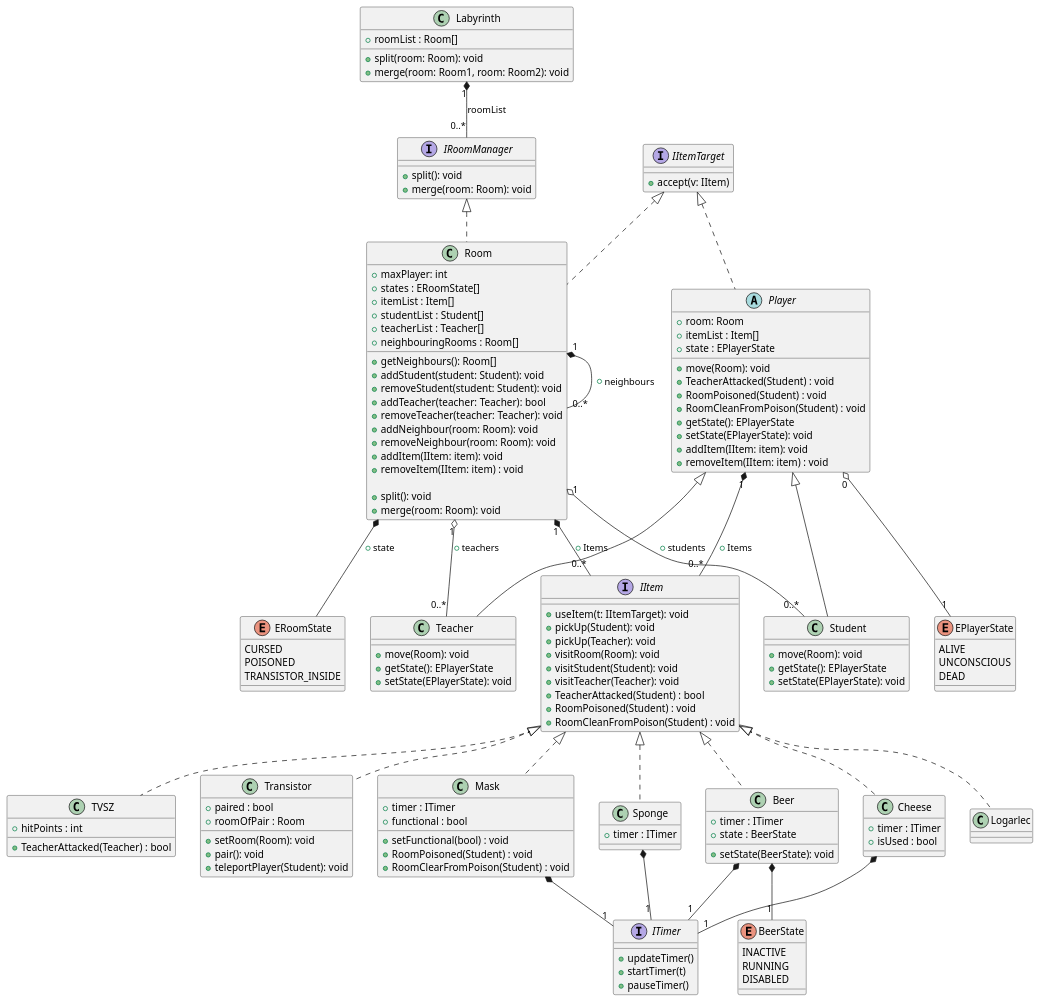
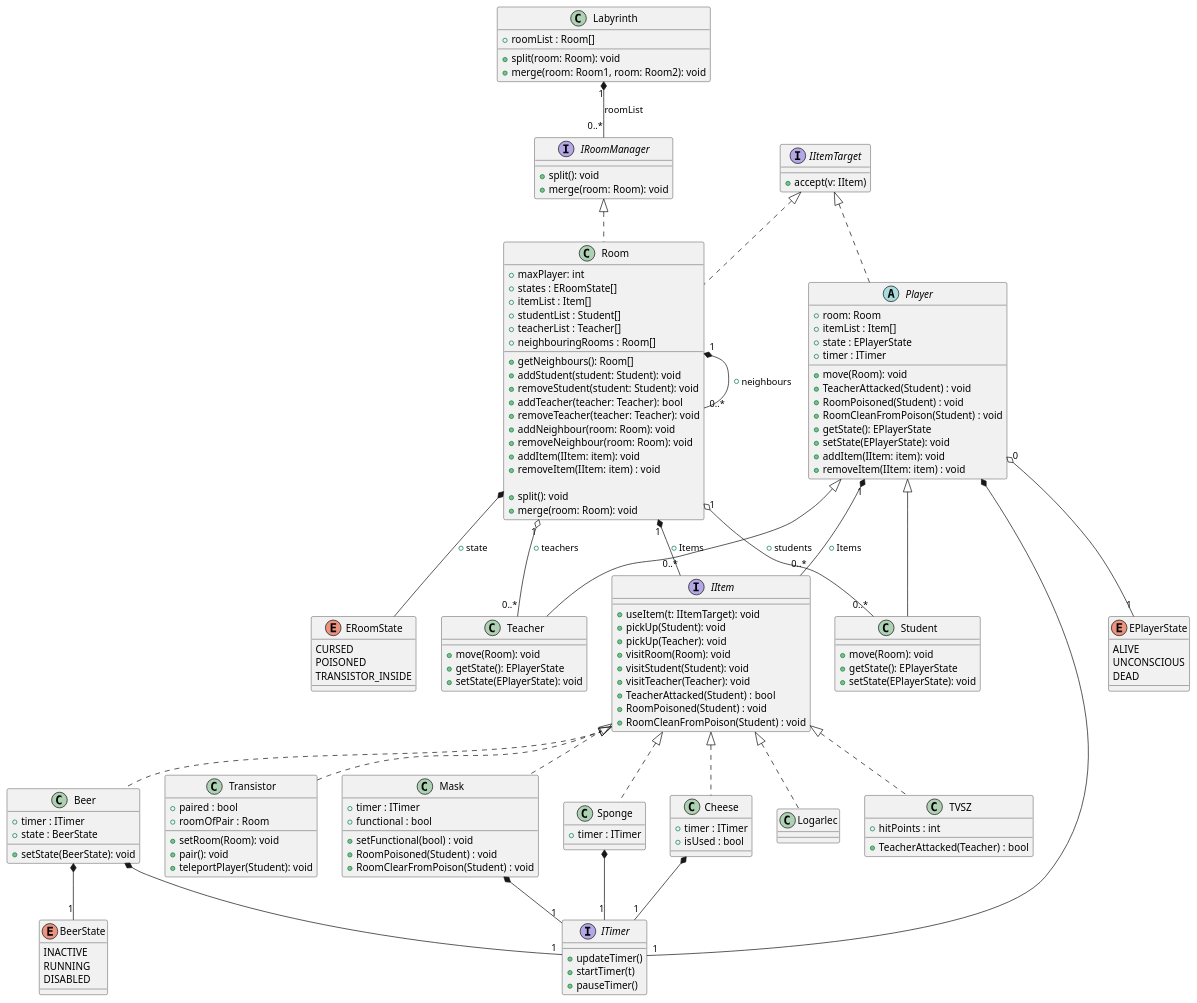
Before and after one commit to MBakter/echo: the diagram in Class_UML.plantuml, drawn with PlantUML. The commit also changed 3 other files, not shown here.

```diff
--- a/Class_UML.plantuml
+++ b/Class_UML.plantuml
@@ -1,176 +1,178 @@
 @startuml UML
 
 class Labyrinth {
     +roomList : Room[]
 
     +split(room: Room): void
     +merge(room: Room1, room: Room2): void
 }
 
 Labyrinth "1" *-- "0..*" IRoomManager: roomList
 
 interface IRoomManager {
     + split(): void
     + merge(room: Room): void
 }
 
 /' Removed implementing IItemHolder '/
 class Room implements IItemTarget, IRoomManager {
     + maxPlayer: int
     + states : ERoomState[]
     + itemList : Item[]
     + studentList : Student[]
     + teacherList : Teacher[]
     + neighbouringRooms : Room[]
 
     + getNeighbours(): Room[]
     + addStudent(student: Student): void
     + removeStudent(student: Student): void
     + addTeacher(teacher: Teacher): bool
     + removeTeacher(teacher: Teacher): void
     + addNeighbour(room: Room): void
     + removeNeighbour(room: Room): void
     + addItem(IItem: item): void
     + removeItem(IItem: item) : void
 
     + split(): void
     + merge(room: Room): void
 }
 
 Room "1" o-- "0..*" Student: + students
 Room "1" o-- "0..*" Teacher: + teachers
 Room "1" *-- "0..*" Room: + neighbours
 Room "1" *-- "0..*" IItem: + Items
 Room *-- ERoomState: + state
 
 
 enum EPlayerState {
     ALIVE
     UNCONSCIOUS
     DEAD
 }
 
 /' Removed implementing IItemHolder '/
 abstract class Player implements IItemTarget{
     + room: Room
     + itemList : Item[]
     + state : EPlayerState
+    + timer : ITimer
 
     + move(Room): void
     + TeacherAttacked(Student) : void
     + RoomPoisoned(Student) : void
     + RoomCleanFromPoison(Student) : void
     + getState(): EPlayerState
     + setState(EPlayerState): void
     + addItem(IItem: item): void
     + removeItem(IItem: item) : void
 }
 
 Player "0" o-- "1" EPlayerState
 Player "1" *-- "0..*" IItem: + Items
+Player *-- "1" ITimer
 
 interface IItem {
     + useItem(t: IItemTarget): void
     + pickUp(Student): void
     + pickUp(Teacher): void
     + visitRoom(Room): void
     + visitStudent(Student): void
     + visitTeacher(Teacher): void
     + TeacherAttacked(Student) : bool
     + RoomPoisoned(Student) : void
     + RoomCleanFromPoison(Student) : void
 }
 
 interface IItemTarget{
     + accept(v: IItem)
 }
 
 class Teacher extends Player{
     + move(Room): void
     + getState(): EPlayerState
     + setState(EPlayerState): void
 }
 
 class Student extends Player{
     + move(Room): void
     + getState(): EPlayerState
     + setState(EPlayerState): void
 }
 
 /' interface IItemHolder {
     + addItemy(Item: Item): void
     + removeItem(Item: Item): void
 } '/
 
 enum ERoomState {
     CURSED
     POISONED
     TRANSISTOR_INSIDE
 }
 
 interface ITimer {
     + updateTimer()
     + startTimer(t)
     + pauseTimer()
 }
 
 class TVSZ implements IItem {
     + hitPoints : int
 
     + TeacherAttacked(Teacher) : bool
 }
 
 class Transistor implements IItem  {
     + paired : bool
     + roomOfPair : Room
 
     + setRoom(Room): void
     + pair(): void
     + teleportPlayer(Student): void
 }
 
 enum BeerState {
     INACTIVE
     RUNNING
     DISABLED
 }
 
 class Beer implements IItem {
     + timer : ITimer
     + state : BeerState
 
     + setState(BeerState): void
 }
 Beer *-- "1" ITimer
 Beer *-- "1" BeerState
 
 class Mask implements IItem  {
     + timer : ITimer
     + functional : bool
 
     + setFunctional(bool) : void
     + RoomPoisoned(Student) : void
     + RoomClearFromPoison(Student) : void
 
 }
 Mask *-- "1" ITimer
 
 class Sponge  implements IItem {
     + timer : ITimer
 
 }
 Sponge *-- "1" ITimer
 
 class Cheese  implements IItem {
     + timer : ITimer
     + isUsed : bool
 
 }
 Cheese *-- "1" ITimer
 
 class Logarlec  implements IItem  {
 }
 
 
 
 @enduml
```
